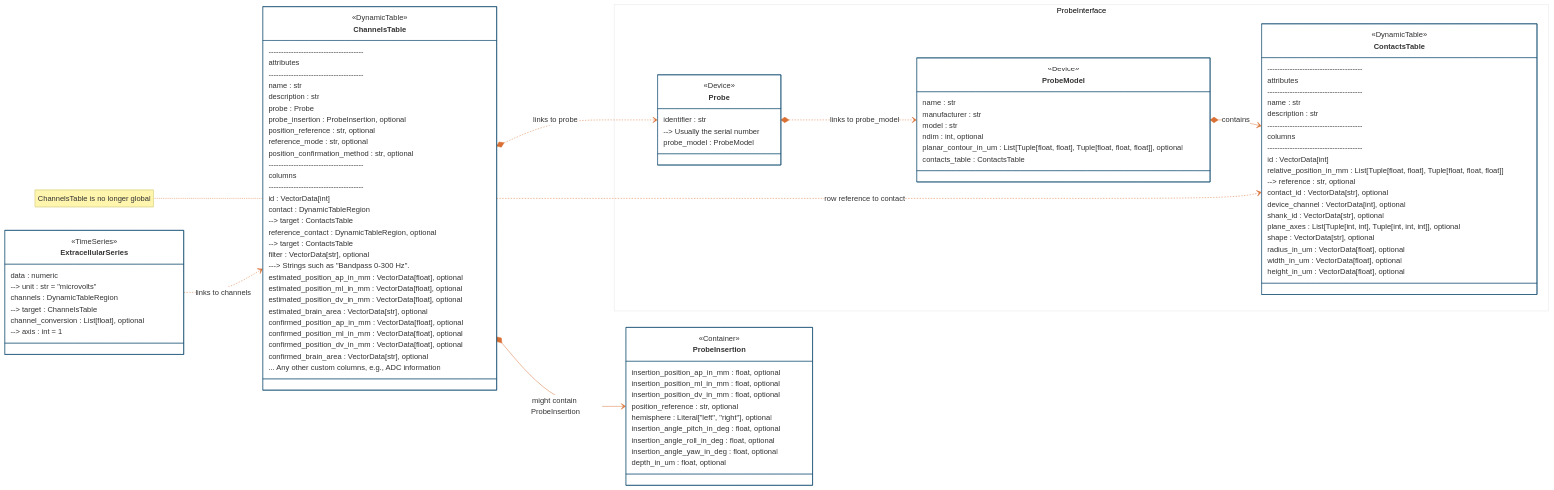
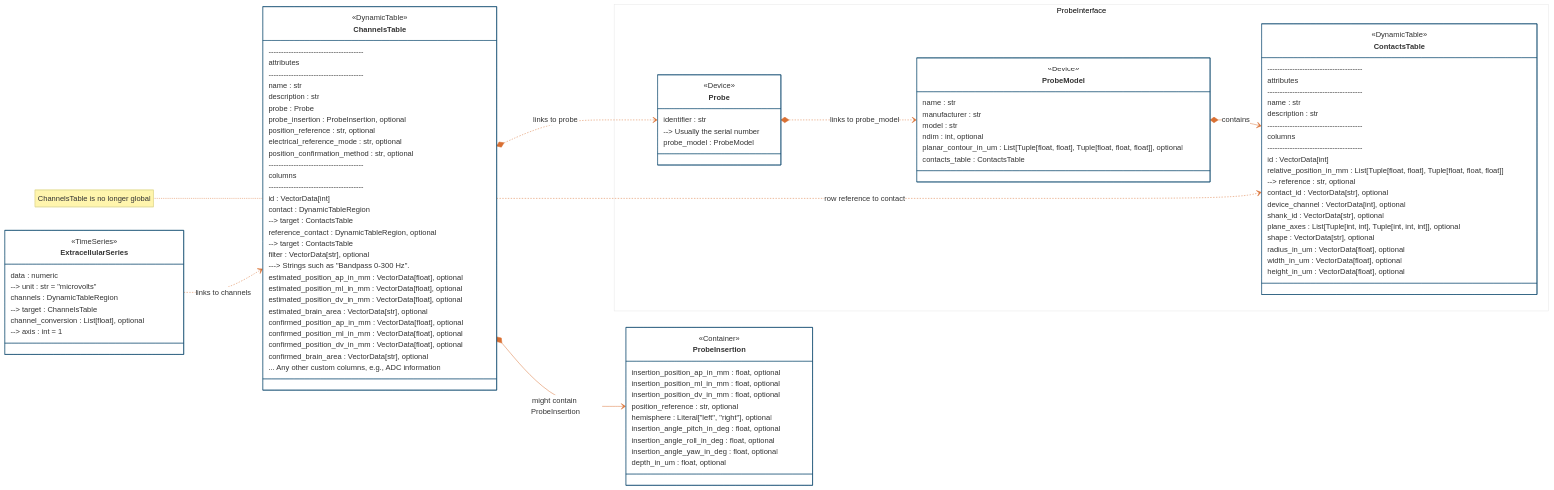
Before and after one commit to catalystneuro/ndx-extracellular-channels: the diagram in README.md, drawn with Mermaid. The commit also changed 4 other files, not shown here.

Commit message:
"reference_mode" -> "electrical_reference_mode"

```diff
--- a/README.md
+++ b/README.md
@@ -99,7 +99,7 @@
         probe : Probe
         probe_insertion : ProbeInsertion, optional
         position_reference : str, optional
-        reference_mode : str, optional
+        electrical_reference_mode : str, optional
         position_confirmation_method : str, optional
 
         --------------------------------------
```
